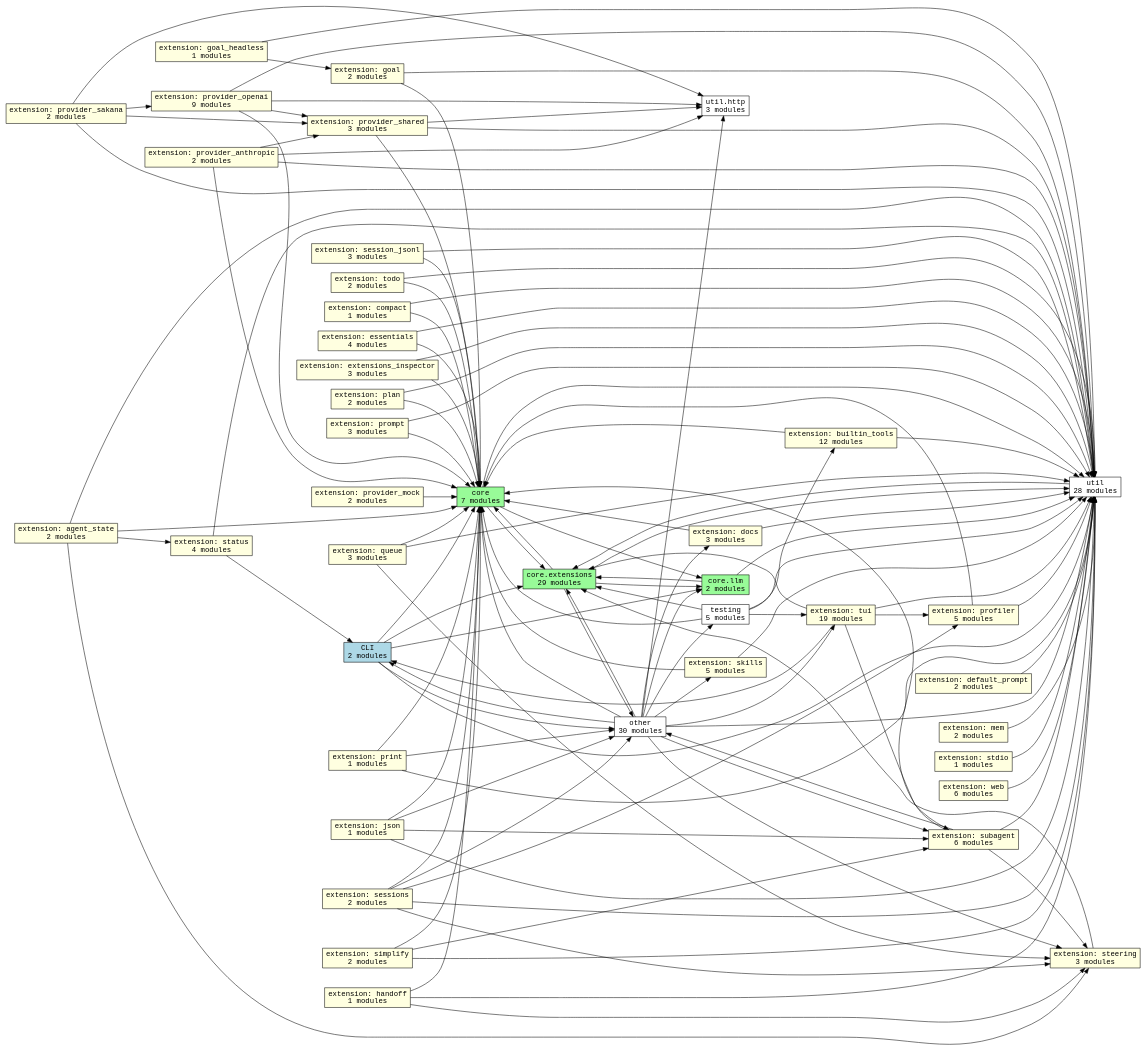
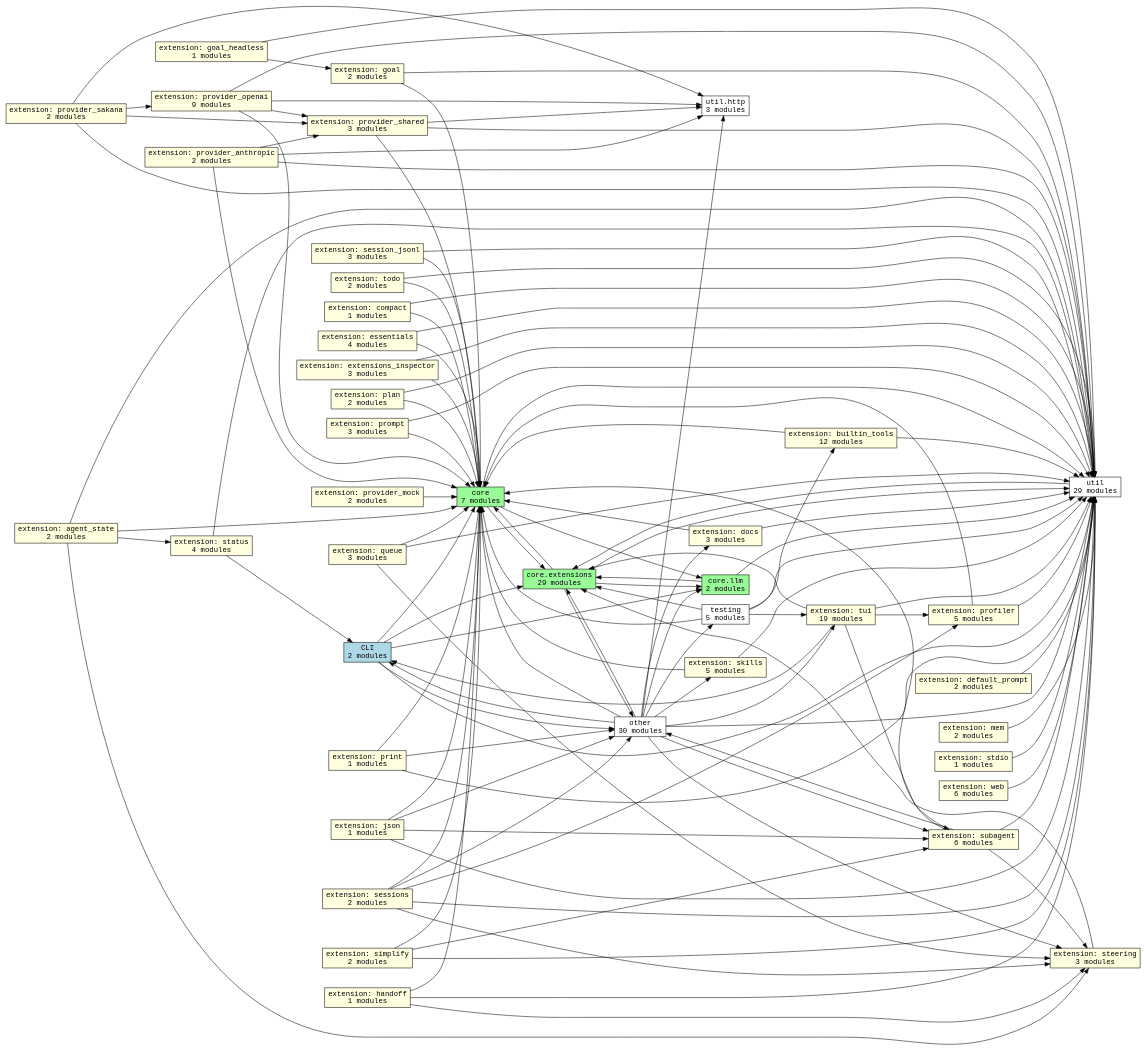
Before and after one commit to acmiyaguchi/fen: the diagram in docs/graphs/subsystems.dot, drawn with Graphviz. The commit also changed 12 other files, not shown here.

```diff
--- a/docs/graphs/subsystems.dot
+++ b/docs/graphs/subsystems.dot
@@ -1,161 +1,161 @@
 digraph fen_subsystems {
   graph [rankdir=LR];
   node [shape=box, fontname="monospace"];
   edge [fontname="monospace"];
   "cli" [fillcolor="lightblue", label="CLI\n2 modules", style="filled"];
   "core" [fillcolor="palegreen", label="core\n7 modules", style="filled"];
   "core.extensions" [fillcolor="palegreen", label="core.extensions\n29 modules", style="filled"];
   "core.llm" [fillcolor="palegreen", label="core.llm\n2 modules", style="filled"];
   "extension.agent_state" [fillcolor="lightyellow", label="extension: agent_state\n2 modules", style="filled"];
   "extension.builtin_tools" [fillcolor="lightyellow", label="extension: builtin_tools\n12 modules", style="filled"];
   "extension.compact" [fillcolor="lightyellow", label="extension: compact\n1 modules", style="filled"];
   "extension.default_prompt" [fillcolor="lightyellow", label="extension: default_prompt\n2 modules", style="filled"];
   "extension.docs" [fillcolor="lightyellow", label="extension: docs\n3 modules", style="filled"];
   "extension.essentials" [fillcolor="lightyellow", label="extension: essentials\n4 modules", style="filled"];
   "extension.extensions_inspector" [fillcolor="lightyellow", label="extension: extensions_inspector\n3 modules", style="filled"];
   "extension.goal" [fillcolor="lightyellow", label="extension: goal\n2 modules", style="filled"];
   "extension.goal_headless" [fillcolor="lightyellow", label="extension: goal_headless\n1 modules", style="filled"];
   "extension.handoff" [fillcolor="lightyellow", label="extension: handoff\n1 modules", style="filled"];
   "extension.json" [fillcolor="lightyellow", label="extension: json\n1 modules", style="filled"];
   "extension.mem" [fillcolor="lightyellow", label="extension: mem\n2 modules", style="filled"];
   "extension.plan" [fillcolor="lightyellow", label="extension: plan\n2 modules", style="filled"];
   "extension.print" [fillcolor="lightyellow", label="extension: print\n1 modules", style="filled"];
   "extension.profiler" [fillcolor="lightyellow", label="extension: profiler\n5 modules", style="filled"];
   "extension.prompt" [fillcolor="lightyellow", label="extension: prompt\n3 modules", style="filled"];
   "extension.provider_anthropic" [fillcolor="lightyellow", label="extension: provider_anthropic\n2 modules", style="filled"];
   "extension.provider_mock" [fillcolor="lightyellow", label="extension: provider_mock\n2 modules", style="filled"];
   "extension.provider_openai" [fillcolor="lightyellow", label="extension: provider_openai\n9 modules", style="filled"];
   "extension.provider_sakana" [fillcolor="lightyellow", label="extension: provider_sakana\n2 modules", style="filled"];
   "extension.provider_shared" [fillcolor="lightyellow", label="extension: provider_shared\n3 modules", style="filled"];
   "extension.queue" [fillcolor="lightyellow", label="extension: queue\n3 modules", style="filled"];
   "extension.session_jsonl" [fillcolor="lightyellow", label="extension: session_jsonl\n3 modules", style="filled"];
   "extension.sessions" [fillcolor="lightyellow", label="extension: sessions\n2 modules", style="filled"];
   "extension.simplify" [fillcolor="lightyellow", label="extension: simplify\n2 modules", style="filled"];
   "extension.skills" [fillcolor="lightyellow", label="extension: skills\n5 modules", style="filled"];
   "extension.status" [fillcolor="lightyellow", label="extension: status\n4 modules", style="filled"];
   "extension.stdio" [fillcolor="lightyellow", label="extension: stdio\n1 modules", style="filled"];
   "extension.steering" [fillcolor="lightyellow", label="extension: steering\n3 modules", style="filled"];
   "extension.subagent" [fillcolor="lightyellow", label="extension: subagent\n6 modules", style="filled"];
   "extension.todo" [fillcolor="lightyellow", label="extension: todo\n2 modules", style="filled"];
   "extension.tui" [fillcolor="lightyellow", label="extension: tui\n19 modules", style="filled"];
   "extension.web" [fillcolor="lightyellow", label="extension: web\n6 modules", style="filled"];
   "other" [fillcolor="white", label="other\n30 modules", style="filled"];
   "testing" [fillcolor="white", label="testing\n5 modules", style="filled"];
-  "util" [fillcolor="white", label="util\n28 modules", style="filled"];
+  "util" [fillcolor="white", label="util\n29 modules", style="filled"];
   "util.http" [fillcolor="white", label="util.http\n3 modules", style="filled"];
   "cli" -> "core";
   "cli" -> "core.extensions";
   "cli" -> "core.llm";
   "cli" -> "other";
   "cli" -> "util";
   "core" -> "core.extensions";
   "core" -> "core.llm";
   "core" -> "util";
   "core.extensions" -> "core";
   "core.extensions" -> "core.llm";
   "core.extensions" -> "other";
   "core.extensions" -> "util";
   "core.llm" -> "core.extensions";
   "core.llm" -> "util";
   "extension.agent_state" -> "core";
   "extension.agent_state" -> "extension.status";
   "extension.agent_state" -> "extension.steering";
   "extension.agent_state" -> "util";
   "extension.builtin_tools" -> "core";
   "extension.builtin_tools" -> "util";
   "extension.compact" -> "core";
   "extension.compact" -> "util";
   "extension.default_prompt" -> "util";
   "extension.docs" -> "core";
   "extension.docs" -> "util";
   "extension.essentials" -> "core";
   "extension.essentials" -> "util";
   "extension.extensions_inspector" -> "core";
   "extension.extensions_inspector" -> "util";
   "extension.goal" -> "core";
   "extension.goal" -> "util";
   "extension.goal_headless" -> "extension.goal";
   "extension.goal_headless" -> "util";
   "extension.handoff" -> "core";
   "extension.handoff" -> "extension.steering";
   "extension.handoff" -> "util";
   "extension.json" -> "core";
   "extension.json" -> "extension.subagent";
   "extension.json" -> "other";
   "extension.json" -> "util";
   "extension.mem" -> "util";
   "extension.plan" -> "core";
   "extension.plan" -> "util";
   "extension.print" -> "core";
   "extension.print" -> "other";
   "extension.print" -> "util";
   "extension.profiler" -> "core";
   "extension.profiler" -> "util";
   "extension.prompt" -> "core";
   "extension.prompt" -> "util";
   "extension.provider_anthropic" -> "core";
   "extension.provider_anthropic" -> "extension.provider_shared";
   "extension.provider_anthropic" -> "util";
   "extension.provider_anthropic" -> "util.http";
   "extension.provider_mock" -> "core";
   "extension.provider_openai" -> "core";
   "extension.provider_openai" -> "extension.provider_shared";
   "extension.provider_openai" -> "util";
   "extension.provider_openai" -> "util.http";
   "extension.provider_sakana" -> "extension.provider_openai";
   "extension.provider_sakana" -> "extension.provider_shared";
   "extension.provider_sakana" -> "util";
   "extension.provider_sakana" -> "util.http";
   "extension.provider_shared" -> "core";
   "extension.provider_shared" -> "util";
   "extension.provider_shared" -> "util.http";
   "extension.queue" -> "core";
   "extension.queue" -> "extension.steering";
   "extension.queue" -> "util";
   "extension.session_jsonl" -> "core";
   "extension.session_jsonl" -> "util";
   "extension.sessions" -> "core";
   "extension.sessions" -> "extension.profiler";
   "extension.sessions" -> "extension.steering";
   "extension.sessions" -> "other";
   "extension.sessions" -> "util";
   "extension.simplify" -> "core";
   "extension.simplify" -> "extension.subagent";
   "extension.simplify" -> "util";
   "extension.skills" -> "core";
   "extension.skills" -> "util";
   "extension.status" -> "cli";
   "extension.status" -> "util";
   "extension.stdio" -> "util";
   "extension.steering" -> "core.extensions";
   "extension.subagent" -> "core";
   "extension.subagent" -> "extension.steering";
   "extension.subagent" -> "other";
   "extension.subagent" -> "util";
   "extension.todo" -> "core";
   "extension.todo" -> "util";
   "extension.tui" -> "cli";
   "extension.tui" -> "core.extensions";
   "extension.tui" -> "extension.profiler";
   "extension.tui" -> "extension.subagent";
   "extension.tui" -> "util";
   "extension.web" -> "util";
   "other" -> "cli";
   "other" -> "core";
   "other" -> "core.extensions";
   "other" -> "core.llm";
   "other" -> "extension.docs";
   "other" -> "extension.skills";
   "other" -> "extension.steering";
   "other" -> "extension.subagent";
   "other" -> "extension.tui";
   "other" -> "testing";
   "other" -> "util";
   "other" -> "util.http";
   "testing" -> "core";
   "testing" -> "core.extensions";
   "testing" -> "extension.builtin_tools";
   "testing" -> "extension.tui";
   "testing" -> "util";
   "util" -> "core.extensions";
 }
```
